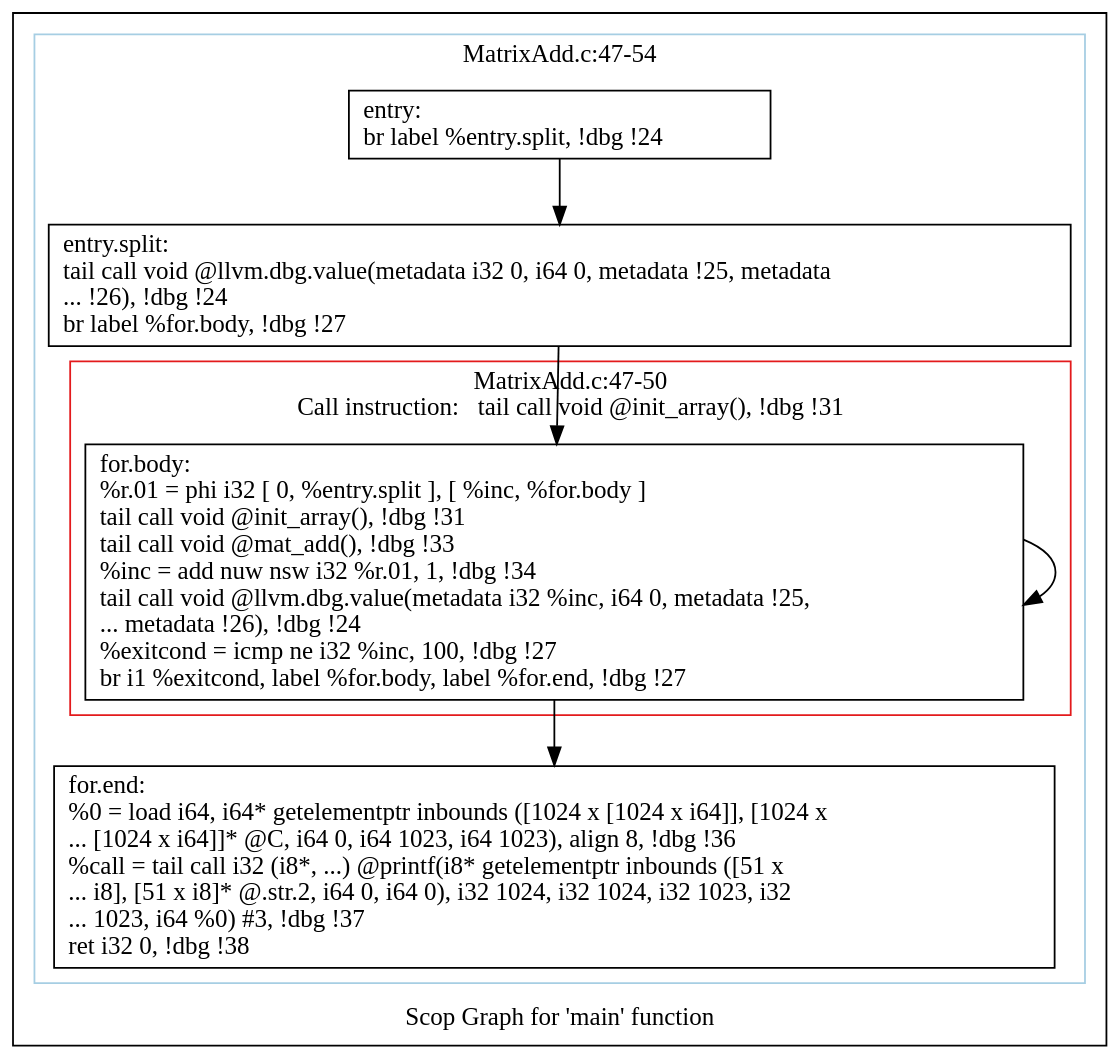
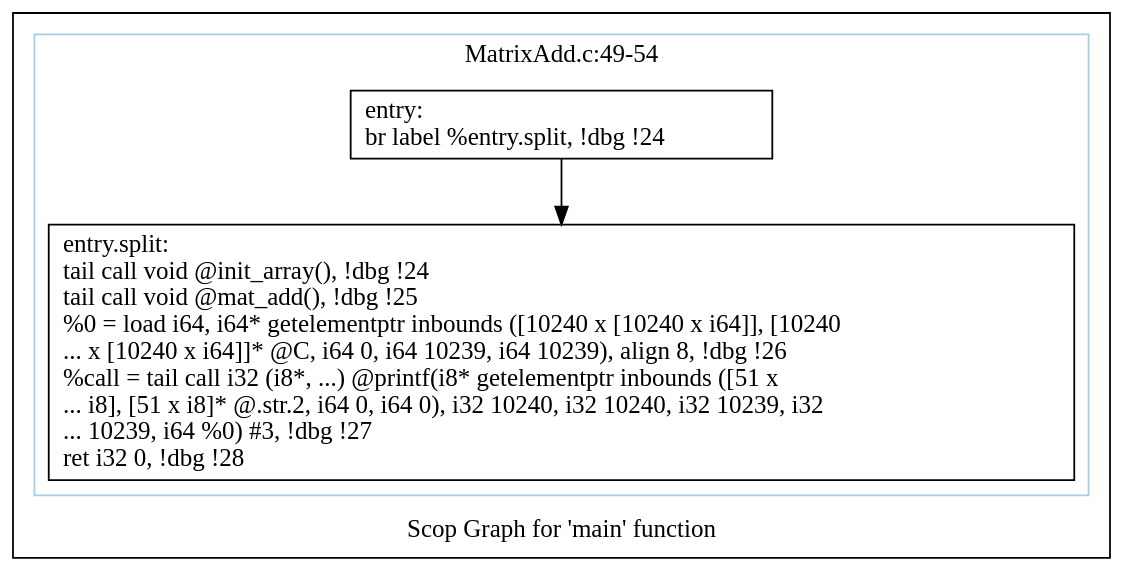
The diagram in polly/MatrixAdd/impl/handwritten/dot/scops.main.dot (samminweng/WhileyOpenCL), drawn with Graphviz before and after one commit. The commit also changed 60 other files, not shown here.

```diff
--- a/polly/MatrixAdd/impl/handwritten/dot/scops.main.dot
+++ b/polly/MatrixAdd/impl/handwritten/dot/scops.main.dot
@@ -1,29 +1,16 @@
 digraph "Scop Graph for 'main' function" {
 	label="Scop Graph for 'main' function";
 
-	Node0x6984860 [shape=record,label="{entry:\l  br label %entry.split, !dbg !24\l}"];
-	Node0x6984860 -> Node0x6982030;
-	Node0x6982030 [shape=record,label="{entry.split:                                      \l  tail call void @llvm.dbg.value(metadata i32 0, i64 0, metadata !25, metadata\l... !26), !dbg !24\l  br label %for.body, !dbg !27\l}"];
-	Node0x6982030 -> Node0x698f020;
-	Node0x698f020 [shape=record,label="{for.body:                                         \l  %r.01 = phi i32 [ 0, %entry.split ], [ %inc, %for.body ]\l  tail call void @init_array(), !dbg !31\l  tail call void @mat_add(), !dbg !33\l  %inc = add nuw nsw i32 %r.01, 1, !dbg !34\l  tail call void @llvm.dbg.value(metadata i32 %inc, i64 0, metadata !25,\l... metadata !26), !dbg !24\l  %exitcond = icmp ne i32 %inc, 100, !dbg !27\l  br i1 %exitcond, label %for.body, label %for.end, !dbg !27\l}"];
-	Node0x698f020 -> Node0x698f020[constraint=false];
-	Node0x698f020 -> Node0x6985330;
-	Node0x6985330 [shape=record,label="{for.end:                                          \l  %0 = load i64, i64* getelementptr inbounds ([1024 x [1024 x i64]], [1024 x\l... [1024 x i64]]* @C, i64 0, i64 1023, i64 1023), align 8, !dbg !36\l  %call = tail call i32 (i8*, ...) @printf(i8* getelementptr inbounds ([51 x\l... i8], [51 x i8]* @.str.2, i64 0, i64 0), i32 1024, i32 1024, i32 1023, i32\l... 1023, i64 %0) #3, !dbg !37\l  ret i32 0, !dbg !38\l}"];
+	Node0x4e978d0 [shape=record,label="{entry:\l  br label %entry.split, !dbg !24\l}"];
+	Node0x4e978d0 -> Node0x4ea38c0;
+	Node0x4ea38c0 [shape=record,label="{entry.split:                                      \l  tail call void @init_array(), !dbg !24\l  tail call void @mat_add(), !dbg !25\l  %0 = load i64, i64* getelementptr inbounds ([10240 x [10240 x i64]], [10240\l... x [10240 x i64]]* @C, i64 0, i64 10239, i64 10239), align 8, !dbg !26\l  %call = tail call i32 (i8*, ...) @printf(i8* getelementptr inbounds ([51 x\l... i8], [51 x i8]* @.str.2, i64 0, i64 0), i32 10240, i32 10240, i32 10239, i32\l... 10239, i64 %0) #3, !dbg !27\l  ret i32 0, !dbg !28\l}"];
 	colorscheme = "paired12"
-        subgraph cluster_0x6982920 {
-          label = "MatrixAdd.c:47-54
+        subgraph cluster_0x4e9df10 {
+          label = "MatrixAdd.c:49-54
 ";
           style = solid;
           color = 1
-          subgraph cluster_0x6987240 {
-            label = "MatrixAdd.c:47-50
-Call instruction:   tail call void @init_array(), !dbg !31";
-            style = solid;
-            color = 6
-            Node0x698f020;
-          }
-          Node0x6984860;
-          Node0x6982030;
-          Node0x6985330;
+          Node0x4e978d0;
+          Node0x4ea38c0;
         }
 }
```
